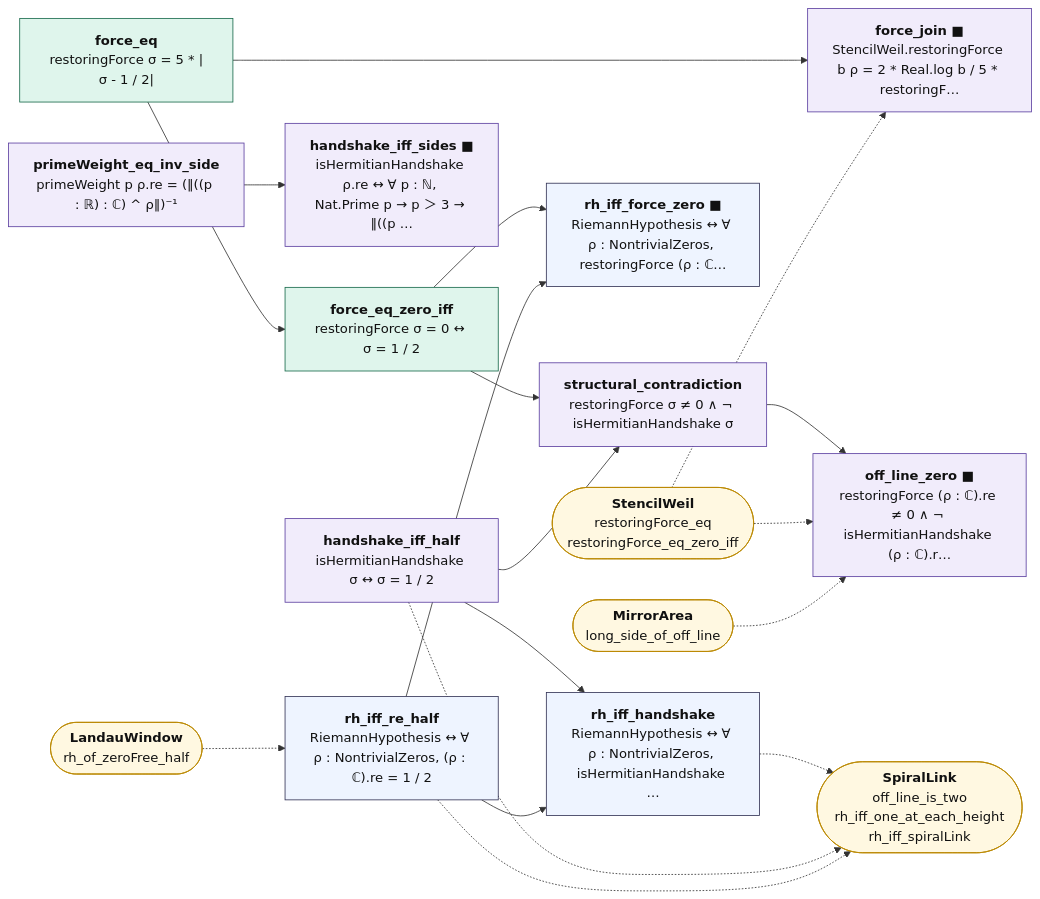
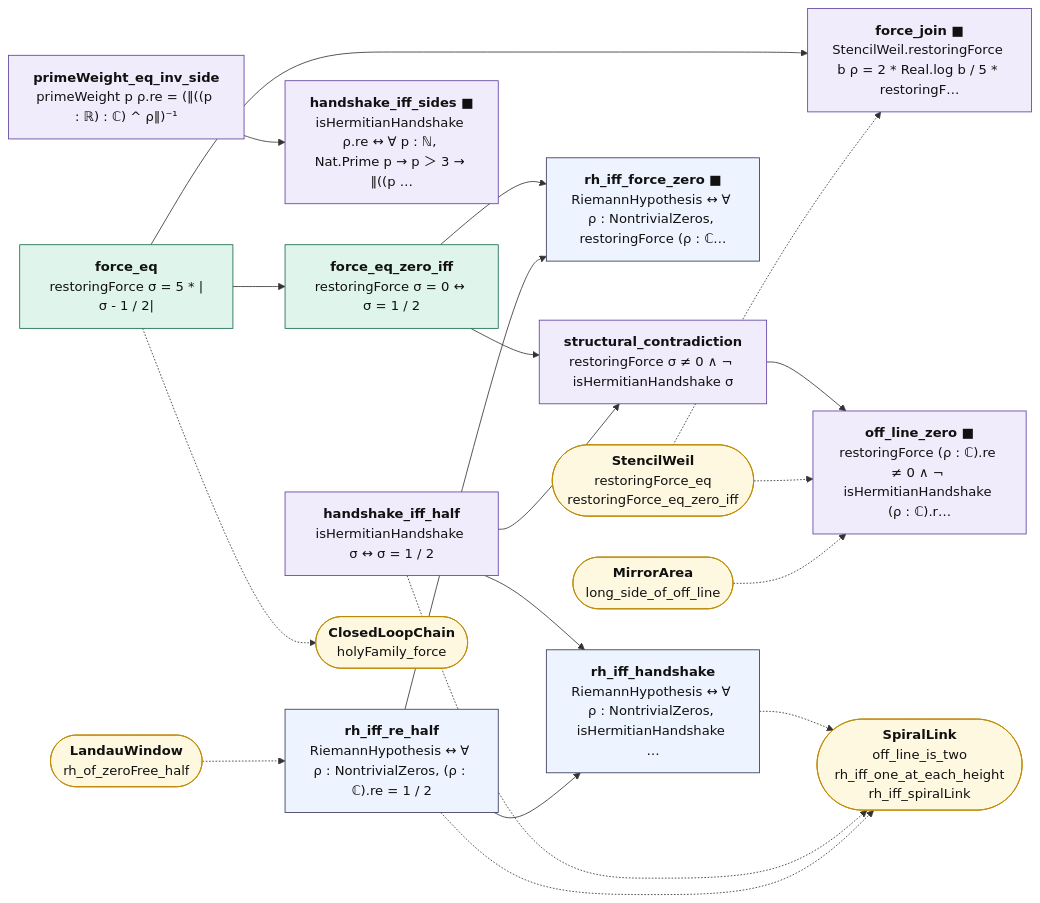
The diagram in map/lean_stage3/ClosedLoopJoin.mmd (juliansambranojr/Primebeat_081426), drawn with Mermaid before and after one commit. The commit also changed 24 other files, not shown here.

```diff
--- a/map/lean_stage3/ClosedLoopJoin.mmd
+++ b/map/lean_stage3/ClosedLoopJoin.mmd
@@ -1,41 +1,43 @@
 flowchart LR
   n0["<b>force_eq</b><br/>restoringForce σ = 5 * |σ - 1 / 2|"]:::cnt
   n1["<b>force_join ■</b><br/>StencilWeil.restoringForce b ρ = 2 * Real.log b / 5 * restoringF…"]:::shp
   n2["<b>force_eq_zero_iff</b><br/>restoringForce σ = 0 ↔ σ = 1 / 2"]:::cnt
   n3["<b>primeWeight_eq_inv_side</b><br/>primeWeight p ρ.re = (‖((p : ℝ) : ℂ) ^ ρ‖)⁻¹"]:::shp
   n4["<b>handshake_iff_sides ■</b><br/>isHermitianHandshake ρ.re ↔ ∀ p : ℕ, Nat.Prime p → p ＞ 3 → ‖((p …"]:::shp
   n5["<b>handshake_iff_half</b><br/>isHermitianHandshake σ ↔ σ = 1 / 2"]:::shp
   n6["<b>structural_contradiction</b><br/>restoringForce σ ≠ 0 ∧ ¬ isHermitianHandshake σ"]:::shp
   n7["<b>off_line_zero ■</b><br/>restoringForce (ρ : ℂ).re ≠ 0 ∧ ¬ isHermitianHandshake (ρ : ℂ).r…"]:::shp
   n8["<b>rh_iff_re_half</b><br/>RiemannHypothesis ↔ ∀ ρ : NontrivialZeros, (ρ : ℂ).re = 1 / 2"]:::thm
   n9["<b>rh_iff_force_zero ■</b><br/>RiemannHypothesis ↔ ∀ ρ : NontrivialZeros, restoringForce (ρ : ℂ…"]:::thm
   n10["<b>rh_iff_handshake</b><br/>RiemannHypothesis ↔ ∀ ρ : NontrivialZeros, isHermitianHandshake …"]:::thm
-  x0(["<b>StencilWeil</b><br/>restoringForce_eq<br/>restoringForce_eq_zero_iff"]):::ext
-  x1(["<b>SpiralLink</b><br/>off_line_is_two<br/>rh_iff_one_at_each_height<br/>rh_iff_spiralLink"]):::ext
-  x2(["<b>MirrorArea</b><br/>long_side_of_off_line"]):::ext
-  x3(["<b>LandauWindow</b><br/>rh_of_zeroFree_half"]):::ext
+  x0(["<b>ClosedLoopChain</b><br/>holyFamily_force"]):::ext
+  x1(["<b>StencilWeil</b><br/>restoringForce_eq<br/>restoringForce_eq_zero_iff"]):::ext
+  x2(["<b>SpiralLink</b><br/>off_line_is_two<br/>rh_iff_one_at_each_height<br/>rh_iff_spiralLink"]):::ext
+  x3(["<b>MirrorArea</b><br/>long_side_of_off_line"]):::ext
+  x4(["<b>LandauWindow</b><br/>rh_of_zeroFree_half"]):::ext
   n0 --> n1
   n0 --> n2
   n2 --> n6
   n2 --> n9
   n3 --> n4
   n5 --> n10
   n5 --> n6
   n6 --> n7
   n8 --> n10
   n8 --> n9
-  n10 -.-> x1
-  n5 -.-> x1
-  n8 -.-> x1
-  x0 -.-> n1
-  x0 -.-> n7
-  x2 -.-> n7
-  x3 -.-> n8
+  n0 -.-> x0
+  n10 -.-> x2
+  n5 -.-> x2
+  n8 -.-> x2
+  x1 -.-> n1
+  x1 -.-> n7
+  x3 -.-> n7
+  x4 -.-> n8
   classDef cnt fill:#dff5ec,stroke:#17694a,color:#111
   classDef shp fill:#f1ecfb,stroke:#5b3fa0,color:#111
   classDef rh fill:#ffe5e5,stroke:#c22,color:#111,stroke-width:2px
   classDef thm fill:#eef4ff,stroke:#335,color:#111
   classDef end_ fill:#e7f7e7,stroke:#2a7,color:#111,stroke-width:2px
   classDef lone fill:#fff,stroke:#999,color:#111,stroke-dasharray:4 3
   classDef bad fill:#ffe5e5,stroke:#c22,color:#111,stroke-width:2px
   classDef ext fill:#fff8e1,stroke:#b80,color:#111
```
